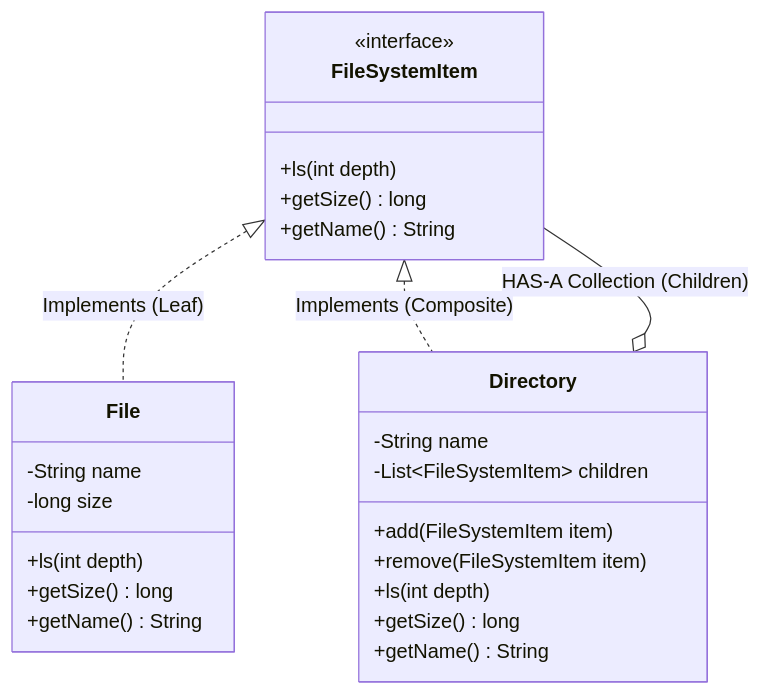
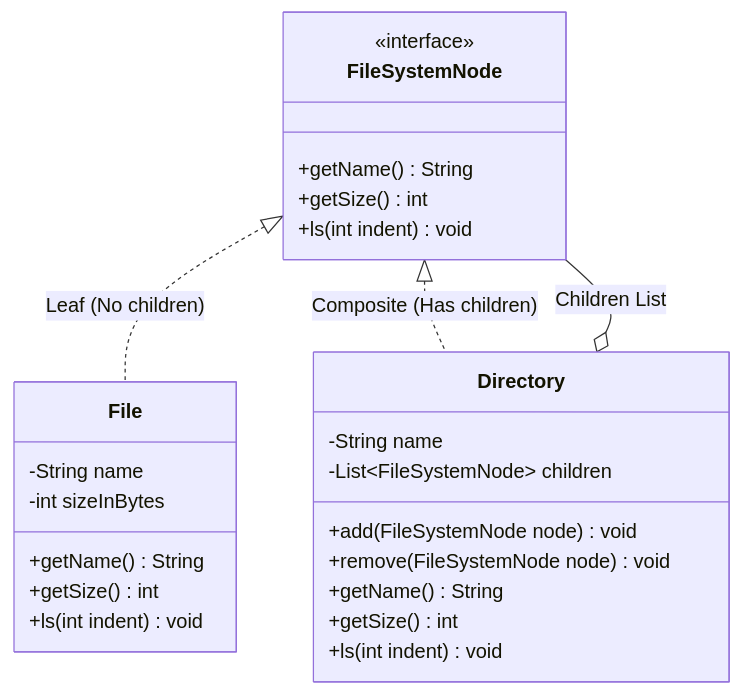
One commit to rohithgowda18/Notes changed the first of 2 diagrams in 04-OOPs-and-Design-Patterns/03-Design-Patterns/19-Composite-Design-Pattern-File-System.md. Above: the diagram before and after it, drawn with Mermaid. The commit also changed other lines of this file and 17 other files, not shown here.

Commit message:
docs(lld): enrich notes with deep architectural analysis, diagrams, anti-patterns & code

````diff
--- a/04-OOPs-and-Design-Patterns/03-Design-Patterns/19-Composite-Design-Pattern-File-System.md
+++ b/04-OOPs-and-Design-Patterns/03-Design-Patterns/19-Composite-Design-Pattern-File-System.md
@@ -36,31 +42,31 @@
 ```mermaid
 classDiagram
-    class FileSystemItem {
+    class FileSystemNode {
         <<interface>>
-        +ls(int depth)
-        +getSize() long
         +getName() String
+        +getSize() int
+        +ls(int indent) void
     }
 
     class File {
         -String name
-        -long size
-        +ls(int depth)
-        +getSize() long
+        -int sizeInBytes
         +getName() String
+        +getSize() int
+        +ls(int indent) void
     }
 
     class Directory {
         -String name
-        -List~FileSystemItem~ children
-        +add(FileSystemItem item)
-        +remove(FileSystemItem item)
-        +ls(int depth)
-        +getSize() long
+        -List~FileSystemNode~ children
+        +add(FileSystemNode node) void
+        +remove(FileSystemNode node) void
         +getName() String
+        +getSize() int
+        +ls(int indent) void
     }
 
-    FileSystemItem <|.. File : Implements (Leaf)
-    FileSystemItem <|.. Directory : Implements (Composite)
-    Directory o-- FileSystemItem : HAS-A Collection (Children)
+    FileSystemNode <|.. File : Leaf (No children)
+    FileSystemNode <|.. Directory : Composite (Has children)
+    Directory o-- FileSystemNode : Children List
 ```
````
